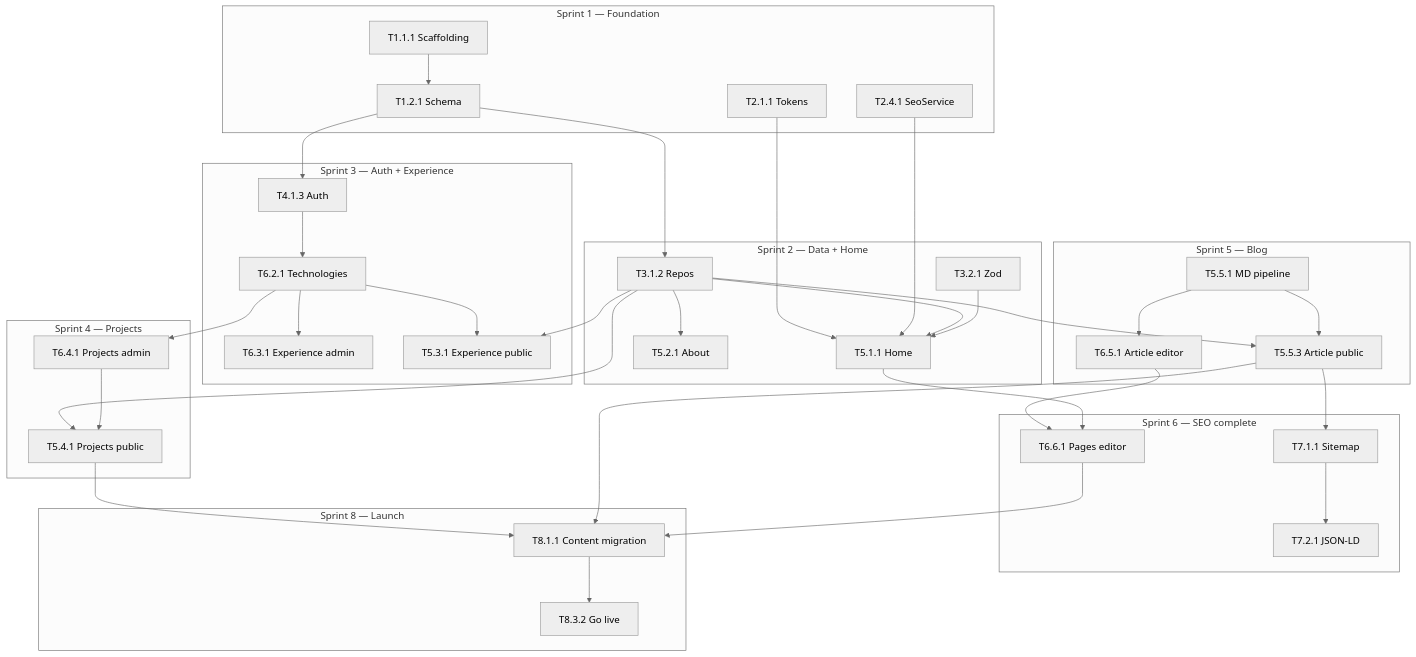
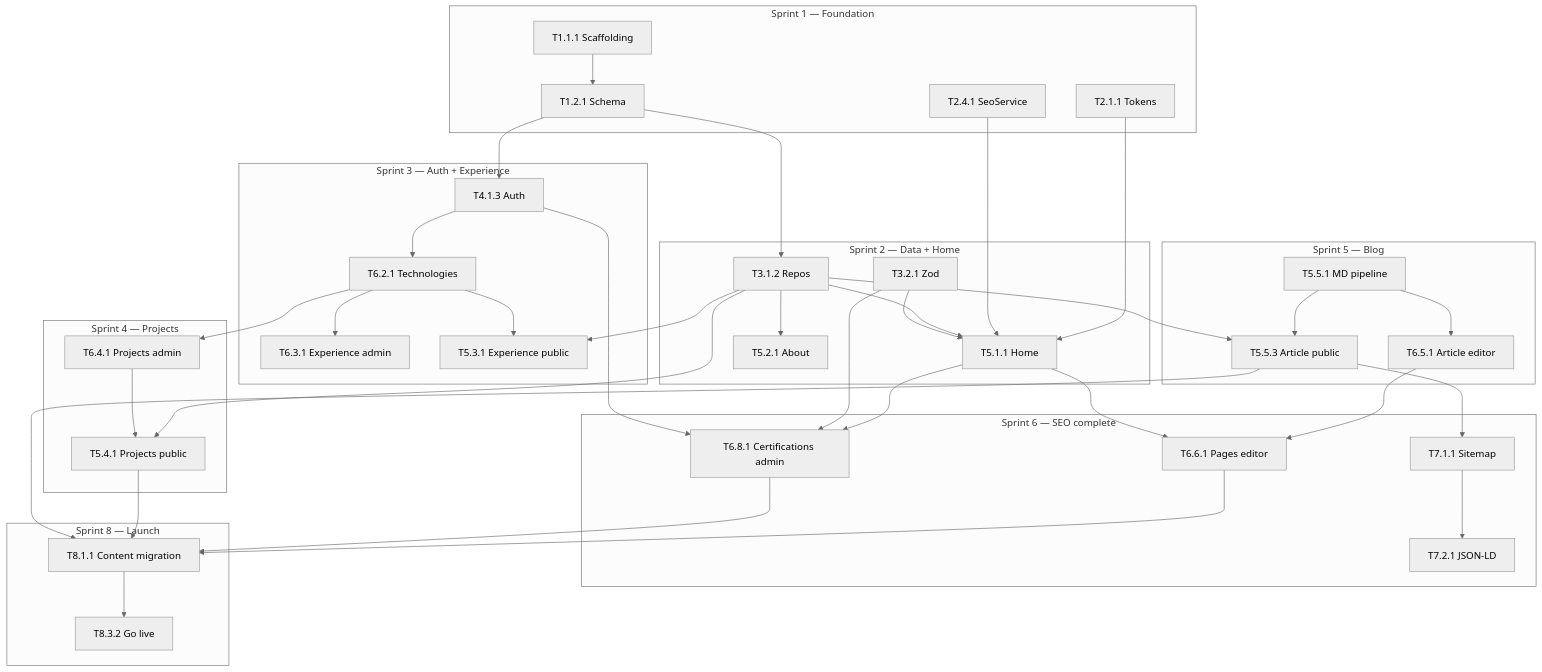
The diagram in docs/implementation/ImplementationPlan.md (EstebanMa12/Portfolio), drawn with Mermaid (neutral theme) before and after one commit. The commit also changed other lines of this file and 16 other files, not shown here.

First line of the commit message:
feat: expand admin panel with certifications and pages management

````diff
--- a/docs/implementation/ImplementationPlan.md
+++ b/docs/implementation/ImplementationPlan.md
@@ -1763,72 +1796,77 @@
 ```mermaid
 graph TD
     subgraph S1["Sprint 1 — Foundation"]
         A[T1.1.1 Scaffolding]
         B[T1.2.1 Schema]
         C[T2.1.1 Tokens]
         D[T2.4.1 SeoService]
     end
 
     subgraph S2["Sprint 2 — Data + Home"]
         E[T3.1.2 Repos]
         F[T3.2.1 Zod]
         G[T5.1.1 Home]
         H[T5.2.1 About]
     end
 
     subgraph S3["Sprint 3 — Auth + Experience"]
         I[T4.1.3 Auth]
         J[T6.2.1 Technologies]
         K[T6.3.1 Experience admin]
         L[T5.3.1 Experience public]
     end
 
     subgraph S4["Sprint 4 — Projects"]
         M[T6.4.1 Projects admin]
         N[T5.4.1 Projects public]
     end
 
     subgraph S5["Sprint 5 — Blog"]
         O[T5.5.1 MD pipeline]
         P[T6.5.1 Article editor]
         Q[T5.5.3 Article public]
     end
 
     subgraph S6["Sprint 6 — SEO complete"]
         R[T6.6.1 Pages editor]
+        R2[T6.8.1 Certifications admin]
         S[T7.1.1 Sitemap]
         T[T7.2.1 JSON-LD]
     end
 
     subgraph S8["Sprint 8 — Launch"]
         U[T8.1.1 Content migration]
         V[T8.3.2 Go live]
     end
 
     A --> B
     B --> E
     C --> G
     D --> G
     E --> G
     E --> H
     F --> G
     B --> I
     I --> J
     J --> K
     J --> L
     E --> L
     J --> M
     E --> N
     M --> N
     O --> P
     O --> Q
     E --> Q
     P --> R
     G --> R
+    G --> R2
+    F --> R2
+    I --> R2
     Q --> S
     S --> T
     R --> U
+    R2 --> U
     N --> U
     Q --> U
     U --> V
 ```
````
